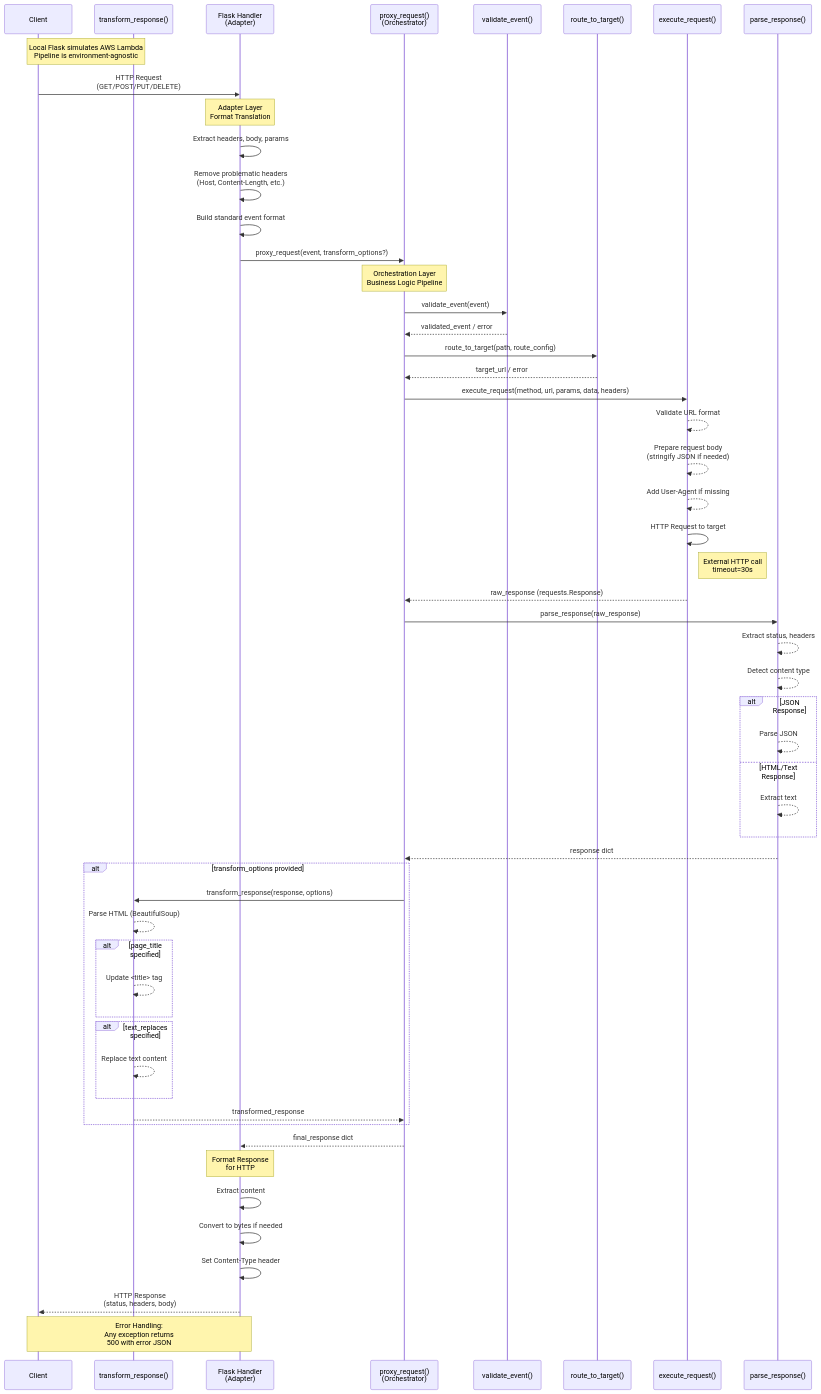
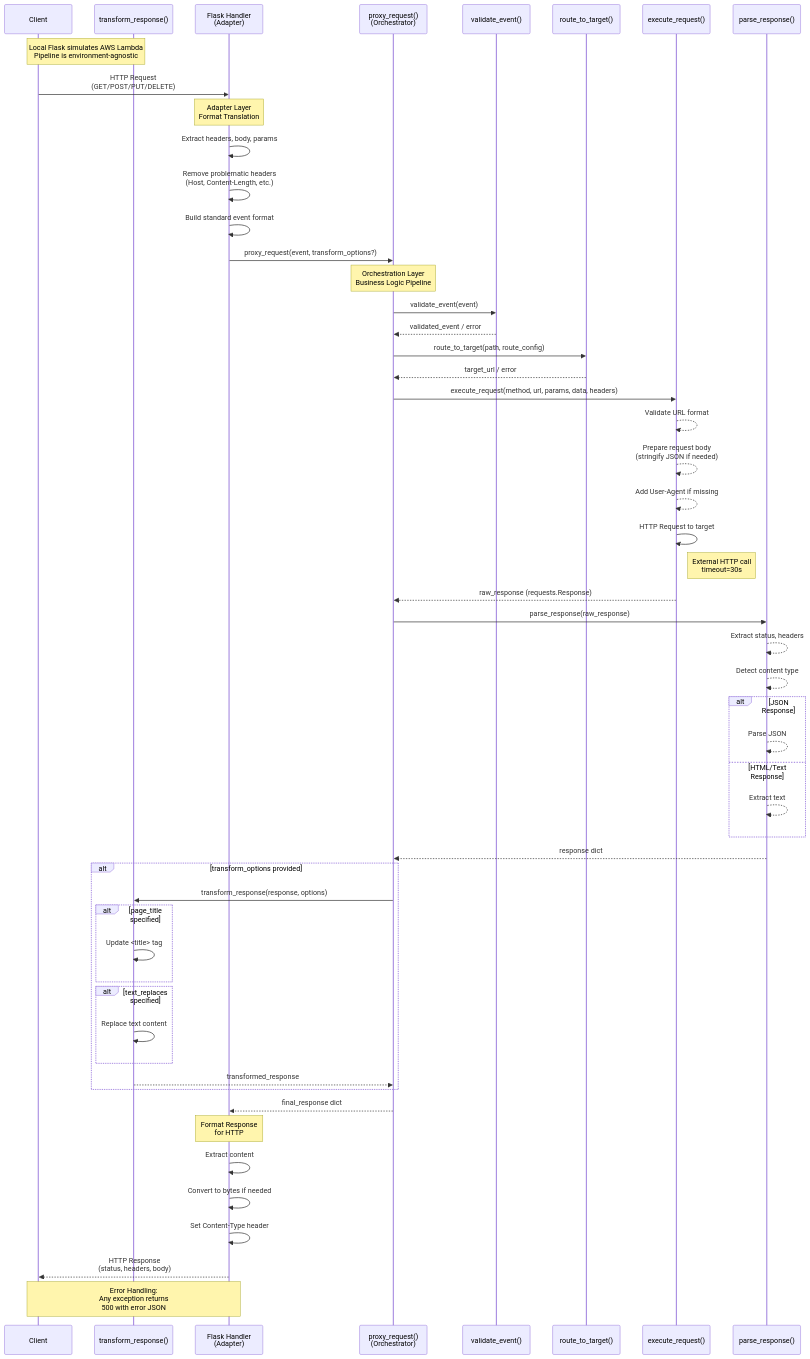
The diagram in README.md (Dermot10/reverse_proxy), drawn with Mermaid before and after one commit.

Commit message:
readme changes

````diff
--- a/README.md
+++ b/README.md
@@ -53,73 +53,70 @@
 ```mermaid
 sequenceDiagram
 Note over Client,Transform: Local Flask simulates AWS Lambda<br/>Pipeline is environment-agnostic
 participant Client
 participant Flask as Flask Handler<br/>(Adapter)
 participant PipelineProxy as proxy_request()<br/>(Orchestrator)
 participant Validate as validate_event()
 participant Route as route_to_target()
 participant Execute as execute_request()
 participant Parse as parse_response()
 participant Transform as transform_response()
 
     Client->>Flask: HTTP Request<br/>(GET/POST/PUT/DELETE)
 
     Note over Flask: Adapter Layer<br/>Format Translation
     Flask->>Flask: Extract headers, body, params
     Flask->>Flask: Remove problematic headers<br/>(Host, Content-Length, etc.)
     Flask->>Flask: Build standard event format
 
     Flask->>PipelineProxy: proxy_request(event, transform_options?)
 
     Note over PipelineProxy: Orchestration Layer<br/>Business Logic Pipeline
 
     PipelineProxy->>Validate: validate_event(event)
     Validate-->>PipelineProxy: validated_event / error
+
     PipelineProxy->>Route: route_to_target(path, route_config)
     Route-->>PipelineProxy: target_url / error
 
     PipelineProxy->>Execute: execute_request(method, url, params, data, headers)
     Execute-->>Execute: Validate URL format
     Execute-->>Execute: Prepare request body<br/>(stringify JSON if needed)
     Execute-->>Execute: Add User-Agent if missing
     Execute->>Execute: HTTP Request to target
     Note right of Execute: External HTTP call<br/>timeout=30s
     Execute-->>PipelineProxy: raw_response (requests.Response)
 
     PipelineProxy->>Parse: parse_response(raw_response)
     Parse-->>Parse: Extract status, headers
     Parse-->>Parse: Detect content type
     alt JSON Response
         Parse-->>Parse: Parse JSON
     else HTML/Text Response
         Parse-->>Parse: Extract text
     end
     Parse-->>PipelineProxy: response dict
 
     alt transform_options provided
-        PipelineProxy->>Transform: transform_response(response, options)
-        Transform-->>Transform: Parse HTML (BeautifulSoup)
-
-        alt page_title specified
-            Transform-->>Transform: Update <title> tag
-        end
-
-        alt text_replaces specified
-            Transform-->>Transform: Replace text content
-        end
-
-        Transform-->>PipelineProxy: transformed_response
-    end
+      PipelineProxy->>Transform: transform_response(response, options)
+      alt page_title specified
+         Transform->>Transform: Update <title> tag
+      end
+      alt text_replaces specified
+         Transform->>Transform: Replace text content
+      end
+      Transform-->>PipelineProxy: transformed_response
+   end
 
     PipelineProxy-->>Flask: final_response dict
 
     Note over Flask: Format Response<br/>for HTTP
     Flask->>Flask: Extract content
     Flask->>Flask: Convert to bytes if needed
     Flask->>Flask: Set Content-Type header
 
     Flask-->>Client: HTTP Response<br/>(status, headers, body)
 
     Note over Client,Flask: Error Handling:<br/>Any exception returns<br/>500 with error JSON
 
 ```
````
